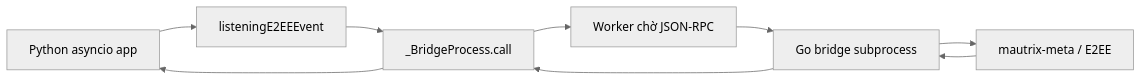
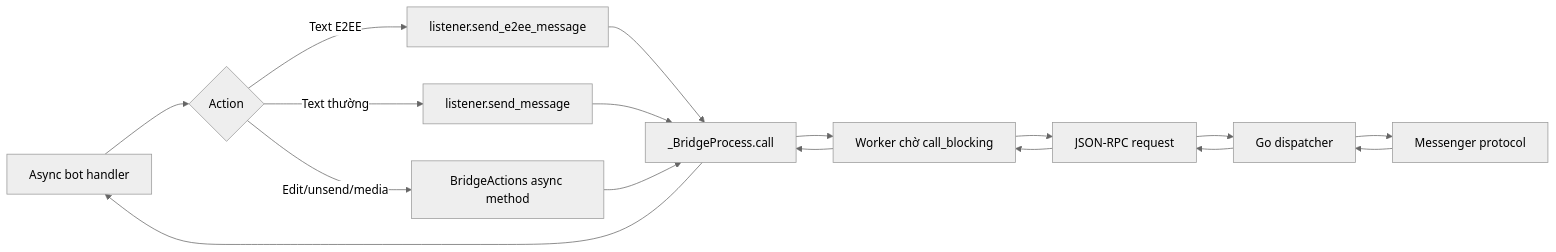
The ninth of 13 diagrams in FLOWCHART.md (m008v/fbchat-v2), drawn with Mermaid (neutral theme) before and after one commit. The commit also changed other lines of this file and 19 other files, not shown here.

````diff
--- a/FLOWCHART.md
+++ b/FLOWCHART.md
@@ -43,11 +211,19 @@
 ```mermaid
 flowchart LR
-    A[Python asyncio app] --> B[listeningE2EEEvent]
-    B --> C[_BridgeProcess.call]
-    C --> D[Worker chờ JSON-RPC]
-    D --> E[Go bridge subprocess]
-    E --> F[mautrix-meta / E2EE]
-    F --> E
-    E --> C
-    C --> A
+    A[Async bot handler] --> B{Action}
+    B -- Text E2EE --> C[listener.send_e2ee_message]
+    B -- Text thường --> D[listener.send_message]
+    B -- Edit/unsend/media --> E[BridgeActions async method]
+    C --> F[_BridgeProcess.call]
+    D --> F
+    E --> F
+    F --> G[Worker chờ call_blocking]
+    G --> H[JSON-RPC request]
+    H --> I[Go dispatcher]
+    I --> J[Messenger protocol]
+    J --> I
+    I --> H
+    H --> G
+    G --> F
+    F --> A
 ```
````
